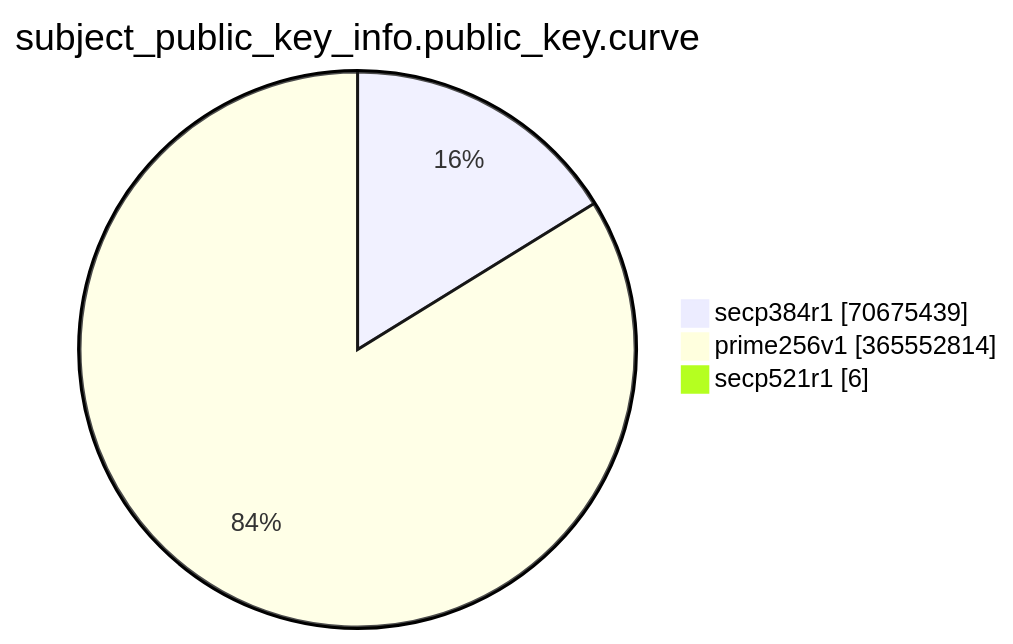
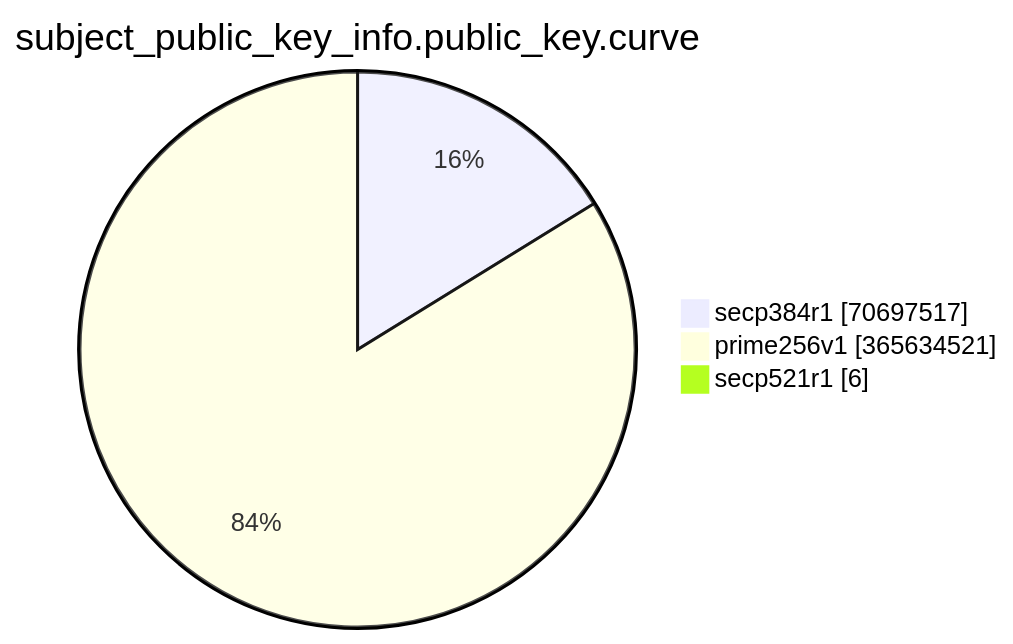
The eighth of 15 diagrams in TOTAL/README.md (christiankrug/ctmonitor_visualization), drawn with Mermaid before and after one commit. The commit also changed other lines of this file, not shown here.

````diff
--- a/TOTAL/README.md
+++ b/TOTAL/README.md
@@ -3092,7 +3092,7 @@
 ```mermaid
 pie showData
 title subject_public_key_info.public_key.curve
-"secp384r1" :70675439
-"prime256v1" :365552814
+"secp384r1" :70697517
+"prime256v1" :365634521
 "secp521r1" :6
 ```
````
